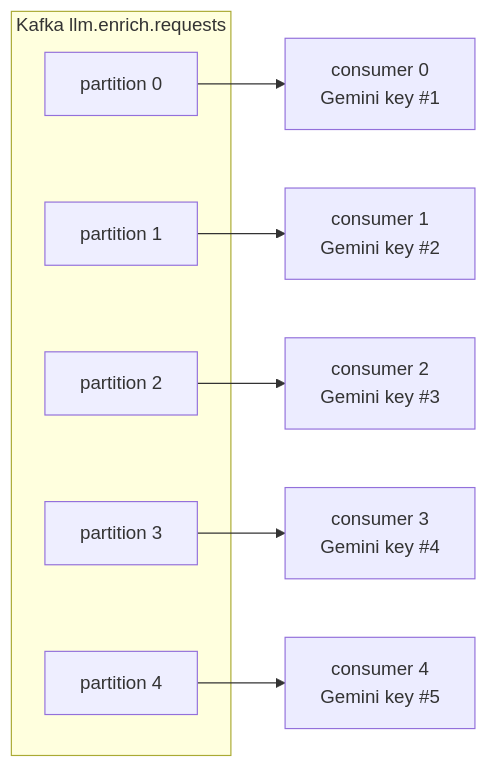
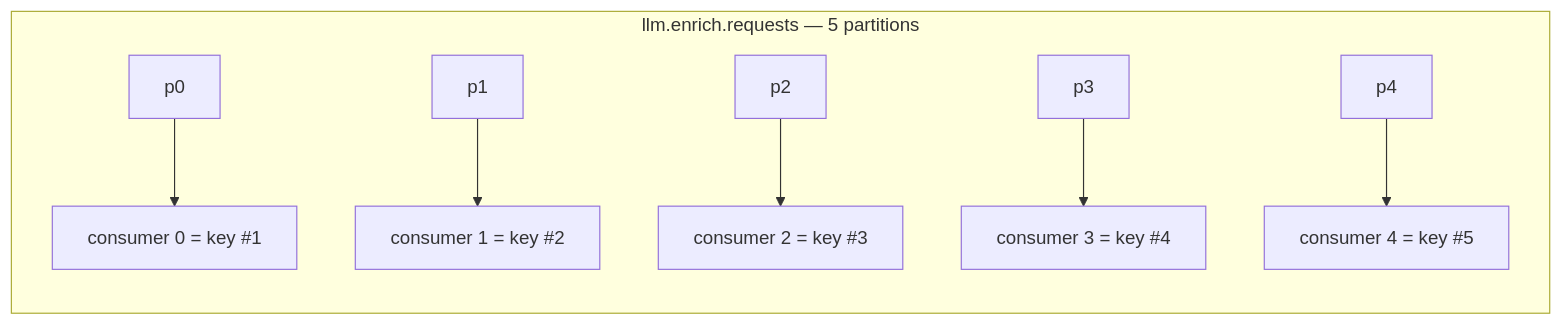
One commit to shubamchaudhary/ChunkAI changed the fifth of 6 diagrams in docs/current-design-walkthrough.md. Above: the diagram before and after it, drawn with Mermaid. The commit also changed other lines of this file and 5 other files, not shown here.

````diff
--- a/docs/current-design-walkthrough.md
+++ b/docs/current-design-walkthrough.md
@@ -250,16 +341,10 @@
 ```mermaid
 flowchart LR
-    subgraph Kafka llm.enrich.requests
-      P0[partition 0]:::p
-      P1[partition 1]:::p
-      P2[partition 2]:::p
-      P3[partition 3]:::p
-      P4[partition 4]:::p
+    subgraph "llm.enrich.requests — 5 partitions"
+      P0[p0] --> C0["consumer 0 = key #1"]
+      P1[p1] --> C1["consumer 1 = key #2"]
+      P2[p2] --> C2["consumer 2 = key #3"]
+      P3[p3] --> C3["consumer 3 = key #4"]
+      P4[p4] --> C4["consumer 4 = key #5"]
     end
-    P0 --> C0["consumer 0<br/>Gemini key #1"]
-    P1 --> C1["consumer 1<br/>Gemini key #2"]
-    P2 --> C2["consumer 2<br/>Gemini key #3"]
-    P3 --> C3["consumer 3<br/>Gemini key #4"]
-    P4 --> C4["consumer 4<br/>Gemini key #5"]
-    classDef p fill:#eef;
 ```
````
